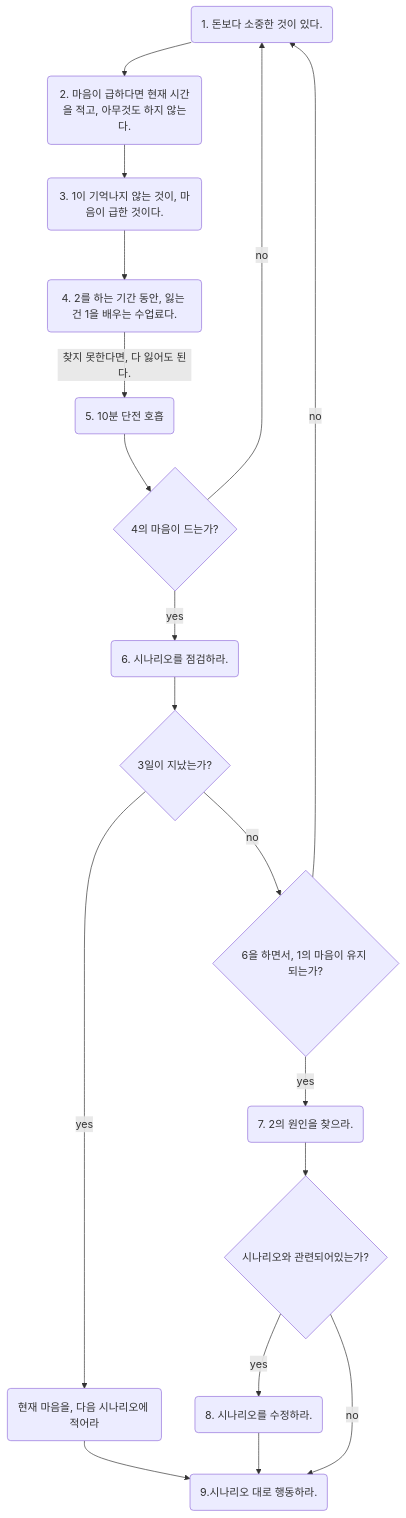
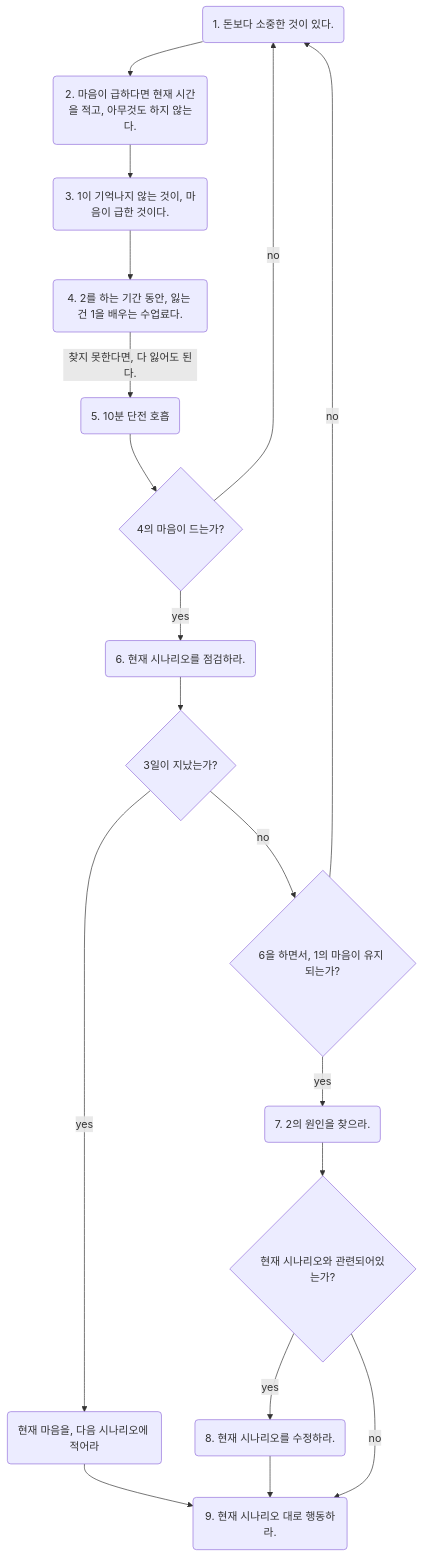
Before and after one commit to minkj1992/minkj1992.github.io: the diagram in 2023_investments/index.md, drawn with Mermaid. The commit also changed 36 other files, not shown here.

```diff
--- a/2023_investments/index.md
+++ b/2023_investments/index.md
@@ -14,20 +14,20 @@
 {{< mermaid >}}
 
 graph TD
     A(1. 돈보다 소중한 것이 있다.) -->B(2. 마음이 급하다면 현재 시간을 적고, 아무것도 하지 않는다.)
     B --> C(3. 1이 기억나지 않는 것이, 마음이 급한 것이다.)
     C --> D(4. 2를 하는 기간 동안, 잃는 건 1을 배우는 수업료다.)
     D --> |찾지 못한다면, 다 잃어도 된다.|E(5. 10분 단전 호흡)
     E --> F{4의 마음이 드는가?}
-        F -->|yes| G(6. 시나리오를 점검하라.)
+        F -->|yes| G(6. 현재 시나리오를 점검하라.)
         F -->|no| A
     G --> H{3일이 지났는가?}
         H -->|yes | YY(현재 마음을, 다음 시나리오에 적어라) --> N
         H -->|no | I{ 6을 하면서, 1의 마음이 유지 되는가?}
             I -->|yes | J(7. 2의 원인을 찾으라.)
             I -->|no | A
-    J --> K{ 시나리오와 관련되어있는가?}
-    K -->|yes | L(8. 시나리오를 수정하라.) --> N
-    K -->|no | N(9.시나리오 대로 행동하라.)
+    J --> K{ 현재 시나리오와 관련되어있는가?}
+    K -->|yes | L(8. 현재 시나리오를 수정하라.) --> N
+    K -->|no | N(9. 현재 시나리오 대로 행동하라.)
     
 {{</ mermaid>}}
```
